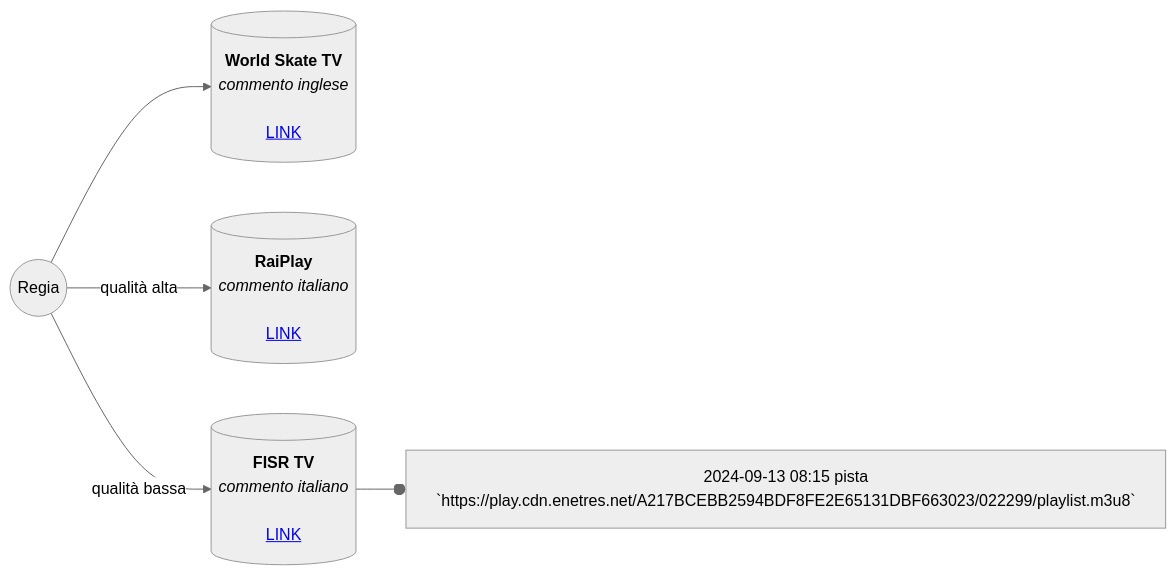
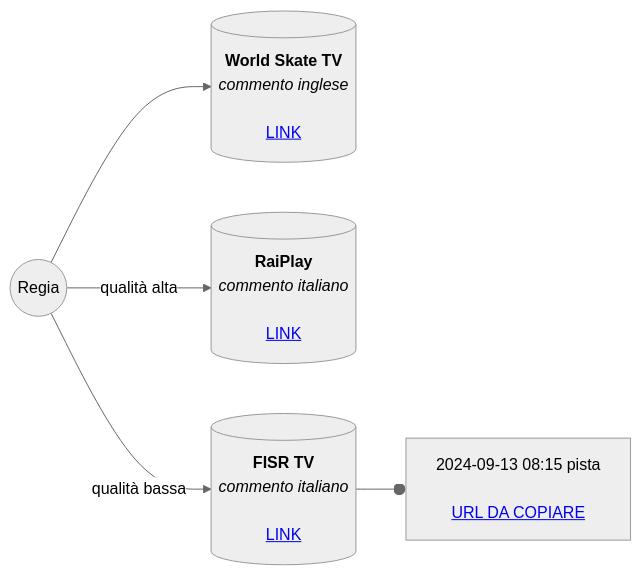
Before and after one commit to aiBR3/WSG2024-video: the diagram in README.md, drawn with Mermaid (neutral theme). The commit also changed other lines of this file, not shown here.

````diff
--- a/README.md
+++ b/README.md
@@ -3,7 +3,7 @@
 ```mermaid
 flowchart LR
     Regia((Regia)) --> WSG[("<strong>World Skate TV</strong><br><i>commento inglese</i><br><br><a href="https://worldskate.tv/world-skate-games/wsg-2024/wsg-inline-speed-2024" target="_blank">LINK</a>")]
     Regia -- qualità alta --> Rai[("<strong>RaiPlay</strong><br><i>commento italiano</i><br><br><a href="https://www.raiplay.it/guidatv?channel=rai-sport" target="_blank">LINK</a>")]
     Regia -- qualità bassa --> FISR[("<strong>FISR TV</strong><br><i>commento italiano</i><br><br><a href="https://fisrtv.it/" target="_blank">LINK</a>")]
-    FISR --o sorgente1["2024-09-13 08:15 pista<br>`https://play.cdn.enetres.net/A217BCEBB2594BDF8FE2E65131DBF663023/022299/playlist.m3u8`"]
+    FISR --o sorgente1["2024-09-13 08:15 pista<br><br><a href="#">URL DA COPIARE</a>"]
 ```
````
